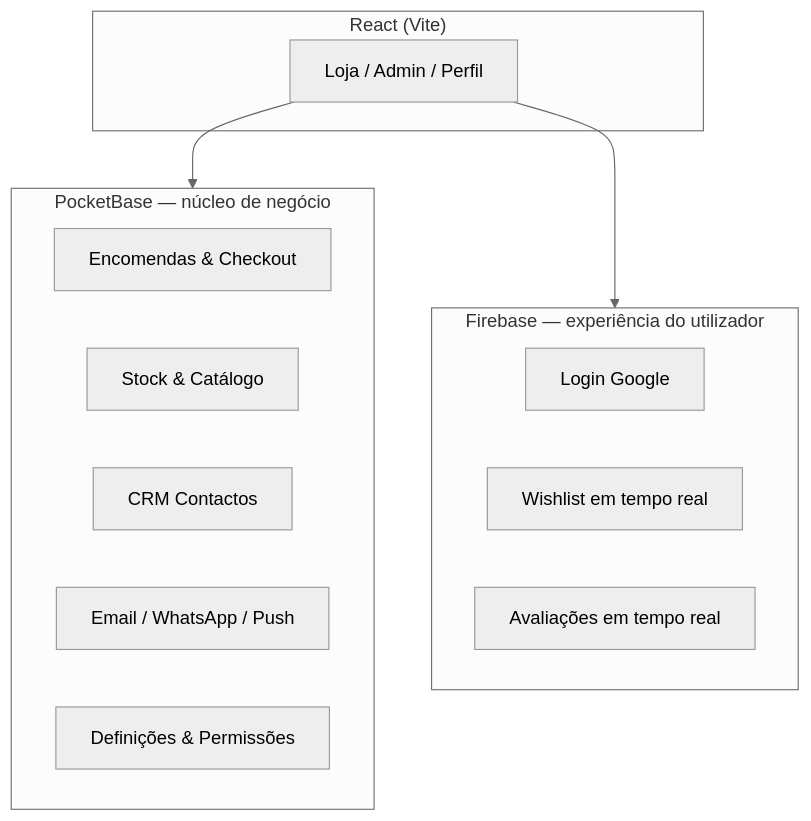
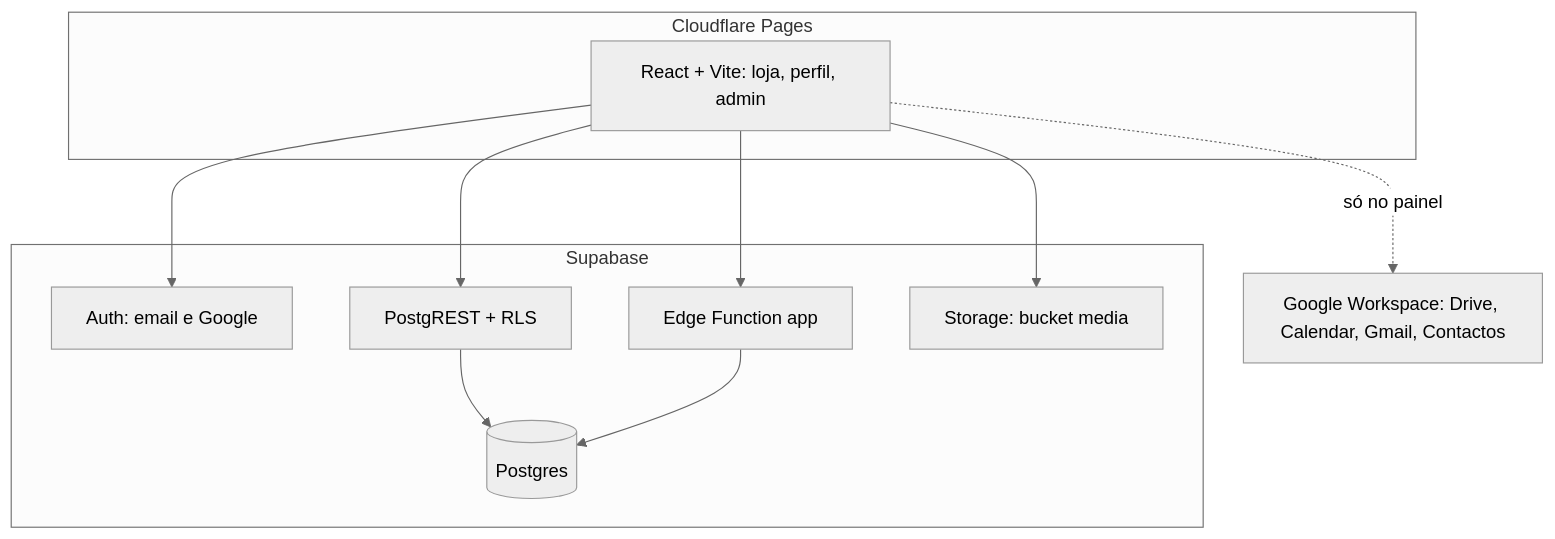
One commit to ValentinoCanguele/livraria_Cunhinga changed the diagram in docs/ARQUITETURA.md. Above: the diagram before and after it, drawn with Mermaid (neutral theme). The commit also changed other lines of this file and 169 other files, not shown here.

First line of the commit message:
chore: retirar o PocketBase e actualizar a documentação

````diff
--- a/docs/ARQUITETURA.md
+++ b/docs/ARQUITETURA.md
@@ -7,23 +8,22 @@
 ```mermaid
 flowchart TB
-  subgraph Frontend["React (Vite)"]
-    UI[Loja / Admin / Perfil]
+  subgraph CF["Cloudflare Pages"]
+    UI[React + Vite: loja, perfil, admin]
   end
 
-  subgraph PB["PocketBase — núcleo de negócio"]
-    Orders[Encomendas & Checkout]
-    Stock[Stock & Catálogo]
-    CRM[CRM Contactos]
-    Msg[Email / WhatsApp / Push]
-    Admin[Definições & Permissões]
+  subgraph SB["Supabase"]
+    Auth[Auth: email e Google]
+    REST[PostgREST + RLS]
+    Fn[Edge Function app]
+    DB[(Postgres)]
+    Media[Storage: bucket media]
   end
 
-  subgraph FB["Firebase — experiência do utilizador"]
-    Auth[Login Google]
-    Wish[Wishlist em tempo real]
-    Rev[Avaliações em tempo real]
-  end
+  Google[Google Workspace: Drive, Calendar, Gmail, Contactos]
 
-  UI --> PB
-  UI --> FB
+  UI --> Auth
+  UI --> REST --> DB
+  UI --> Fn --> DB
+  UI --> Media
+  UI -. só no painel .-> Google
 ```
````
